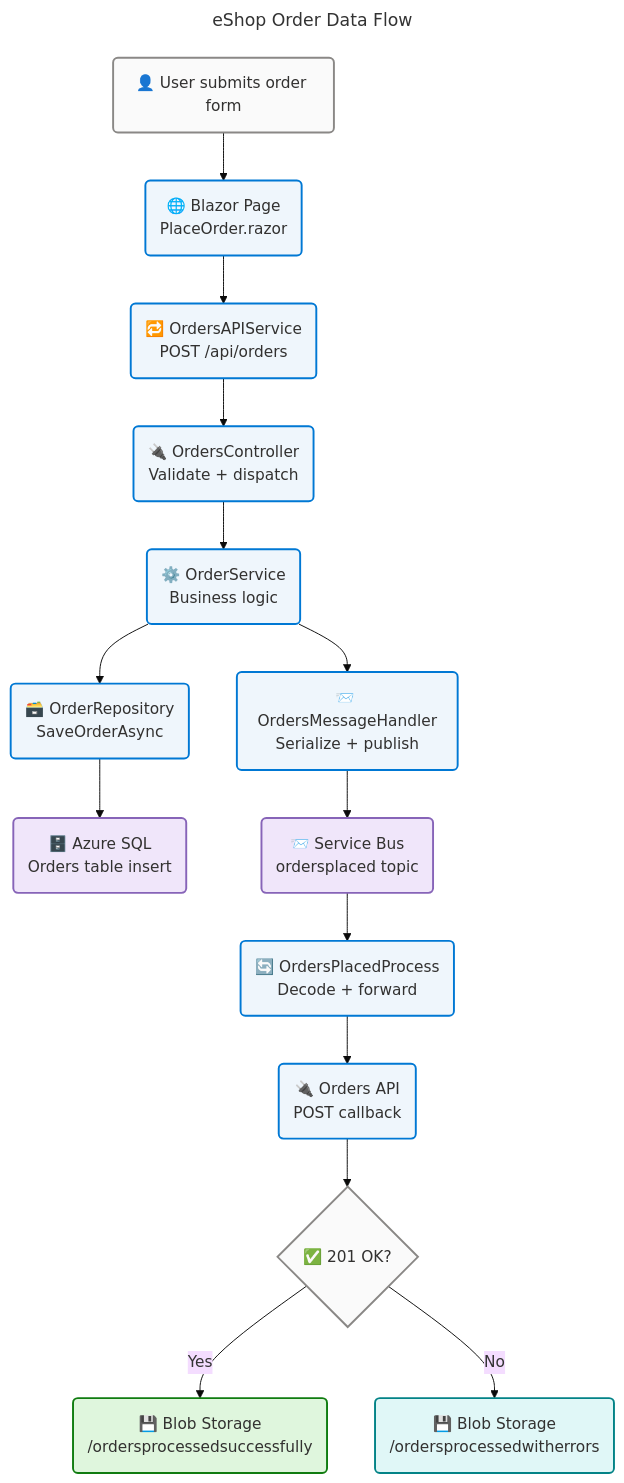
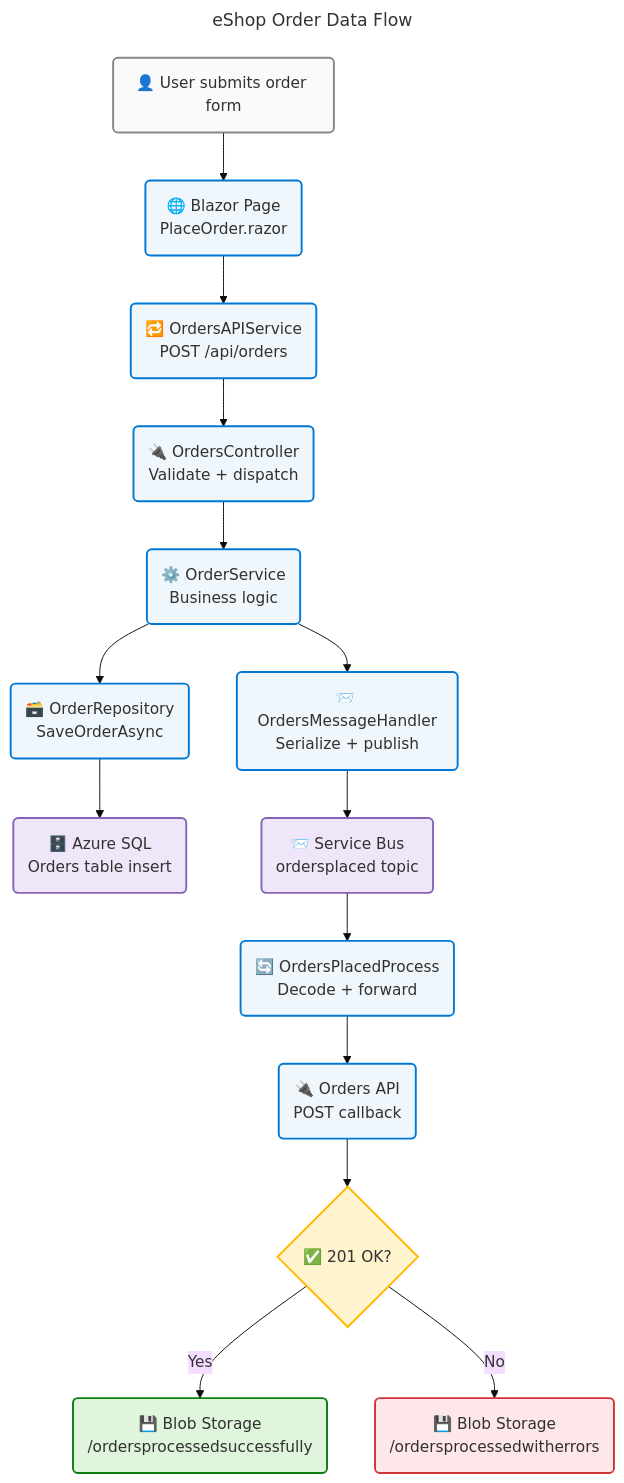
One commit to Evilazaro/Azure-LogicApps-Monitoring changed the seventh of 8 diagrams in docs/architecture/application-architecture.md. Above: the diagram before and after it, drawn with Mermaid. The commit also changed other lines of this file, not shown here.

Commit message:
Refactor Mermaid diagram styles for improved clarity and consistency

````diff
--- a/docs/architecture/application-architecture.md
+++ b/docs/architecture/application-architecture.md
@@ -1821,54 +1822,55 @@
 ```mermaid
 ---
 title: eShop Order Data Flow
 config:
   theme: base
   look: classic
   layout: dagre
   themeVariables:
     fontSize: '16px'
   flowchart:
     htmlLabels: true
 ---
 flowchart TD
     accTitle: eShop Order Data Flow Diagram
     accDescr: End-to-end data flow from order placement through persistence, event publishing, workflow processing, and archival. WCAG AA compliant.
 
     %% ═══════════════════════════════════════════════════════════════════════════
     %% AZURE / FLUENT ARCHITECTURE PATTERN v1.1
     %% (Semantic + Structural + Font + Accessibility Governance)
     %% ═══════════════════════════════════════════════════════════════════════════
     %% PHASE 1 - FLUENT UI: All styling uses approved Fluent UI palette only
     %% PHASE 2 - GROUPS: Every subgraph has semantic color via style directive
     %% PHASE 3 - COMPONENTS: Every node has semantic classDef + icon prefix
     %% PHASE 4 - ACCESSIBILITY: accTitle/accDescr present, WCAG AA contrast
     %% PHASE 5 - STANDARD: Governance block present, classDefs centralized
     %% ═══════════════════════════════════════════════════════════════════════════
 
     A("👤 User submits order form"):::neutral
     B("🌐 Blazor Page\nPlaceOrder.razor"):::core
     C("🔁 OrdersAPIService\nPOST /api/orders"):::core
     D("🔌 OrdersController\nValidate + dispatch"):::core
     E("⚙️ OrderService\nBusiness logic"):::core
     F("🗃️ OrderRepository\nSaveOrderAsync"):::core
     G("🗄️ Azure SQL\nOrders table insert"):::data
     H("📨 OrdersMessageHandler\nSerialize + publish"):::core
     I("📨 Service Bus\nordersplaced topic"):::data
     J("🔄 OrdersPlacedProcess\nDecode + forward"):::core
     K("🔌 Orders API\nPOST callback"):::core
-    L{"✅ 201 OK?"}:::neutral
+    L{"✅ 201 OK?"}:::warning
     M("💾 Blob Storage\n/ordersprocessedsuccessfully"):::success
-    N("💾 Blob Storage\n/ordersprocessedwitherrors"):::external
+    N("💾 Blob Storage\n/ordersprocessedwitherrors"):::danger
 
     A --> B --> C --> D --> E --> F --> G
     E --> H --> I --> J --> K --> L
     L -->|"Yes"| M
     L -->|"No"| N
 
     %% Centralized classDefs
     classDef neutral fill:#FAFAFA,stroke:#8A8886,stroke-width:2px,color:#323130
     classDef core fill:#EFF6FC,stroke:#0078D4,stroke-width:2px,color:#323130
     classDef data fill:#F0E6FA,stroke:#8764B8,stroke-width:2px,color:#323130
     classDef success fill:#DFF6DD,stroke:#107C10,stroke-width:2px,color:#323130
-    classDef external fill:#E0F7F7,stroke:#038387,stroke-width:2px,color:#323130
+    classDef warning fill:#FFF4CE,stroke:#FFB900,stroke-width:2px,color:#323130
+    classDef danger fill:#FDE7E9,stroke:#D13438,stroke-width:2px,color:#323130
 ```
````
